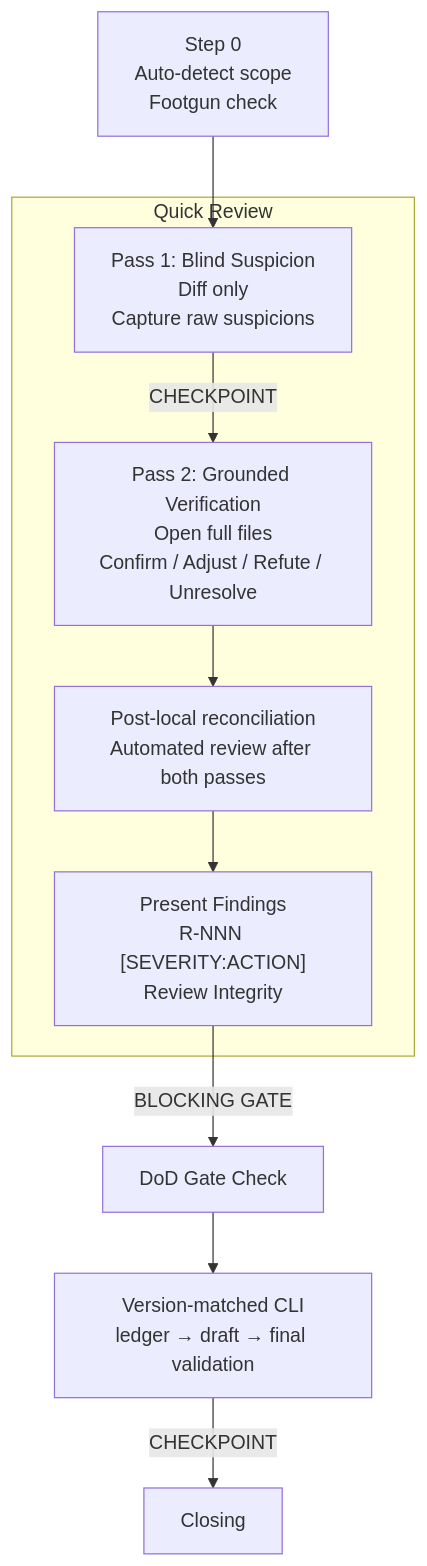
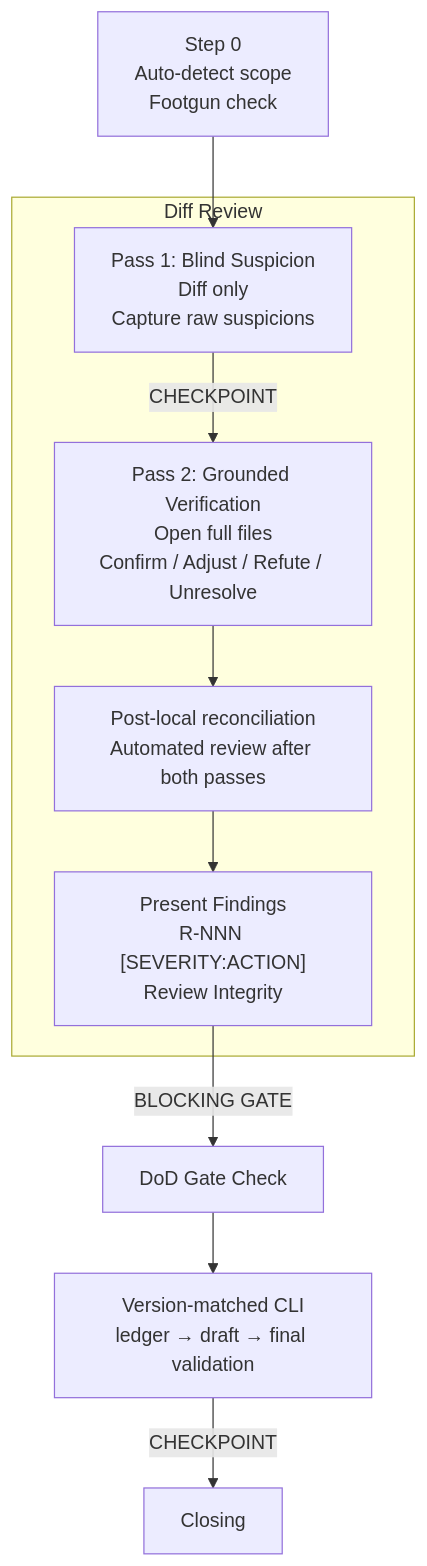
One commit to blundergoat/goat-flow changed the sixth of 9 diagrams in docs/skills.md. Above: the diagram before and after it, drawn with Mermaid. The commit also changed other lines of this file and 33 other files, not shown here.

````diff
--- a/docs/skills.md
+++ b/docs/skills.md
@@ -223,15 +223,15 @@
 ```mermaid
 flowchart TD
     S0["Step 0\nAuto-detect scope\nFootgun check"] --> R1
 
-    subgraph Review["Quick Review"]
+    subgraph Review["Diff Review"]
         R1["Pass 1: Blind Suspicion\nDiff only\nCapture raw suspicions"]
         R1 -->|"CHECKPOINT"| R2["Pass 2: Grounded Verification\nOpen full files\nConfirm / Adjust / Refute / Unresolve"]
         R2 --> AR["Post-local reconciliation\nAutomated review after both passes"]
         AR --> R3["Present Findings\nR-NNN [SEVERITY:ACTION]\nReview Integrity"]
     end
 
     R3 -->|"BLOCKING GATE"| DoD["DoD Gate Check"]
     DoD --> V["Version-matched CLI\nledger → draft → final validation"]
     V -->|"CHECKPOINT"| Close["Closing"]
 ```
````
